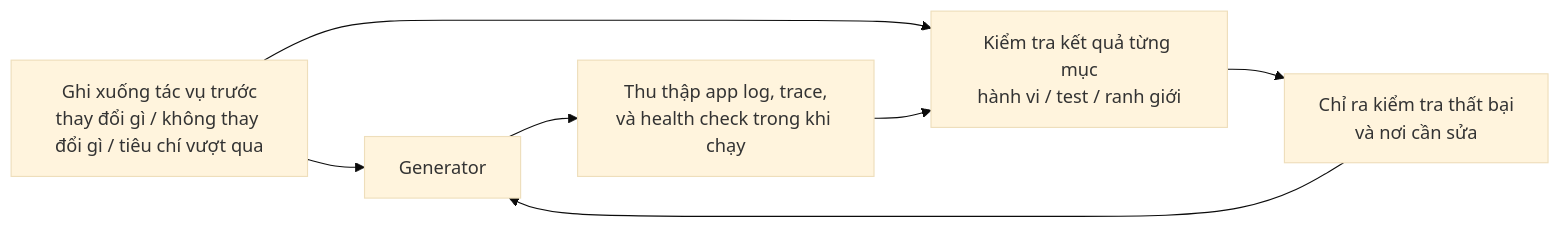
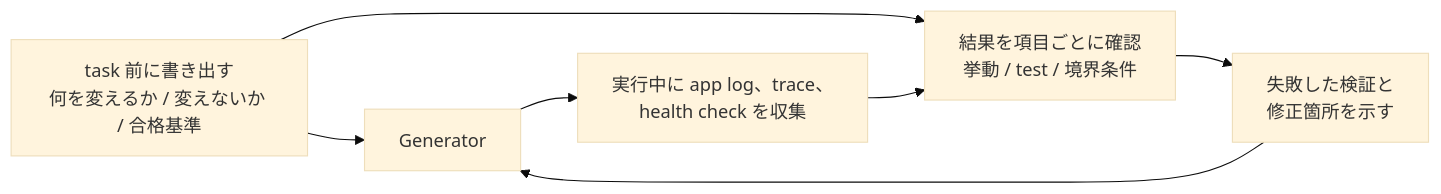
One commit to mkusaka/learn-harness-engineering changed the diagram in docs/vi/lectures/lecture-11-why-observability-belongs-inside-the-harness/index.md. Above: the diagram before and after it, drawn with Mermaid (base theme). The commit also changed other lines of this file and 571 other files, not shown here.

````diff
--- a/docs/vi/lectures/lecture-11-why-observability-belongs-inside-the-harness/index.md
+++ b/docs/vi/lectures/lecture-11-why-observability-belongs-inside-the-harness/index.md
@@ -25,9 +25,9 @@
 ```mermaid
 flowchart LR
-    Contract["Ghi xuống tác vụ trước<br/>thay đổi gì / không thay đổi gì / tiêu chí vượt qua"] --> Generator["Generator"]
-    Generator --> Signals["Thu thập app log, trace,<br/>và health check trong khi chạy"]
-    Contract --> Review["Kiểm tra kết quả từng mục<br/>hành vi / test / ranh giới"]
+    Contract["task 前に書き出す<br/>何を変えるか / 変えないか / 合格基準"] --> Generator["Generator"]
+    Generator --> Signals["実行中に app log、trace、<br/>health check を収集"]
+    Contract --> Review["結果を項目ごとに確認<br/>挙動 / test / 境界条件"]
     Signals --> Review
-    Review --> Verdict["Chỉ ra kiểm tra thất bại<br/>và nơi cần sửa"]
+    Review --> Verdict["失敗した検証と<br/>修正箇所を示す"]
     Verdict --> Generator
 ```
````
